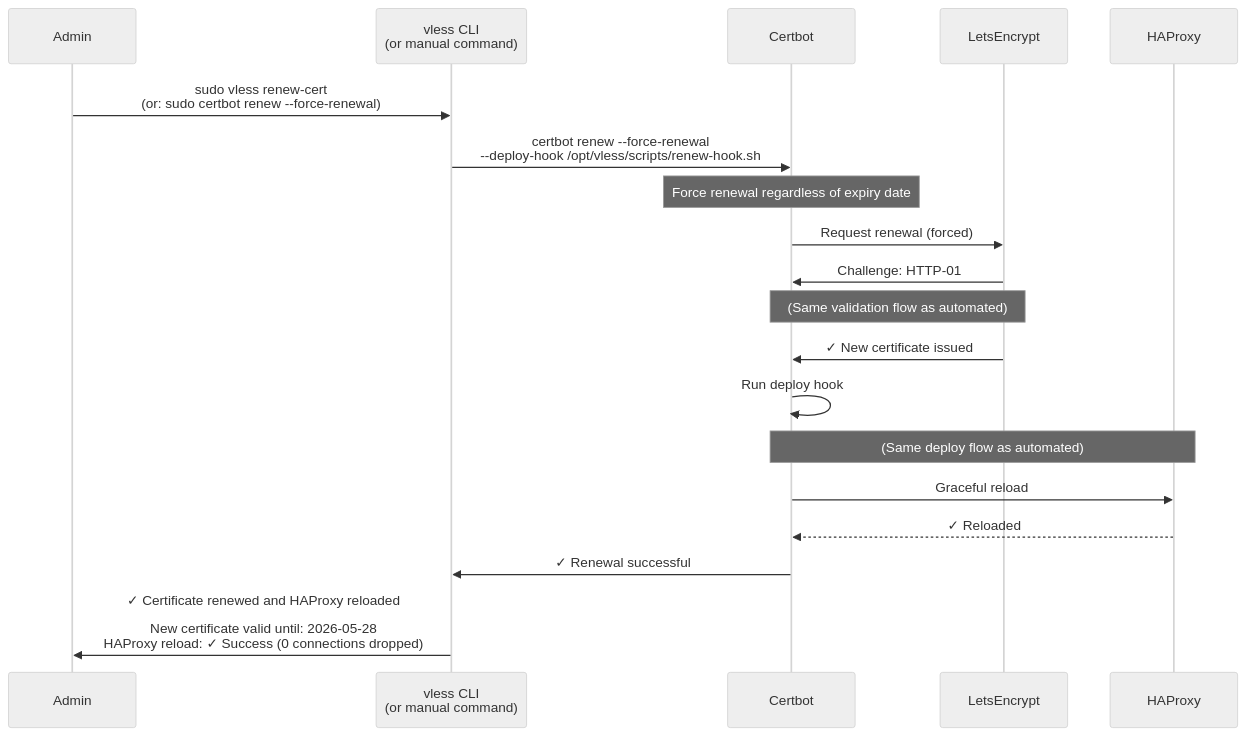
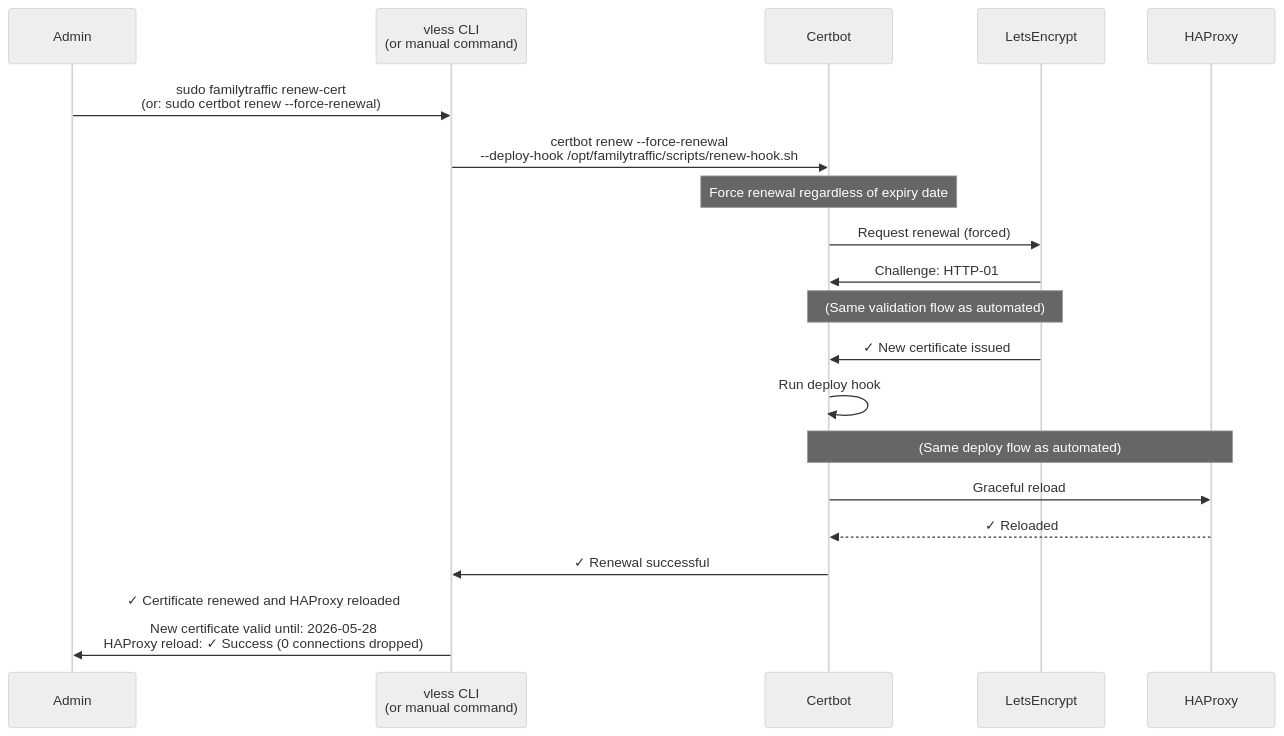
One commit to ikeniborn/vless changed the second of 8 diagrams in docs/architecture/diagrams/sequences/cert-renewal.md. Above: the diagram before and after it, drawn with Mermaid (neutral theme). The commit also changed other lines of this file and 66 other files, not shown here.

First line of the commit message:
refactor(rename): replace old project name 'vless' with 'familytraffic'

````diff
--- a/docs/architecture/diagrams/sequences/cert-renewal.md
+++ b/docs/architecture/diagrams/sequences/cert-renewal.md
@@ -109,33 +109,33 @@
 ```mermaid
 sequenceDiagram
     participant Admin
     participant CLI as vless CLI<br/>(or manual command)
     participant Certbot
     participant LetsEncrypt
     participant HAProxy
 
-    Admin->>CLI: sudo vless renew-cert<br/>(or: sudo certbot renew --force-renewal)
+    Admin->>CLI: sudo familytraffic renew-cert<br/>(or: sudo certbot renew --force-renewal)
 
-    CLI->>Certbot: certbot renew --force-renewal<br/>--deploy-hook /opt/vless/scripts/renew-hook.sh
+    CLI->>Certbot: certbot renew --force-renewal<br/>--deploy-hook /opt/familytraffic/scripts/renew-hook.sh
 
     Note over Certbot: Force renewal regardless of expiry date
 
     Certbot->>LetsEncrypt: Request renewal (forced)
     LetsEncrypt->>Certbot: Challenge: HTTP-01
 
     Note over Certbot,LetsEncrypt: (Same validation flow as automated)
 
     LetsEncrypt->>Certbot: ✓ New certificate issued
 
     Certbot->>Certbot: Run deploy hook
 
     Note over Certbot,HAProxy: (Same deploy flow as automated)
 
     Certbot->>HAProxy: Graceful reload
 
     HAProxy-->>Certbot: ✓ Reloaded
 
     Certbot->>CLI: ✓ Renewal successful
 
     CLI->>Admin: ✓ Certificate renewed and HAProxy reloaded<br/><br/>New certificate valid until: 2026-05-28<br/>HAProxy reload: ✓ Success (0 connections dropped)
 ```
````
